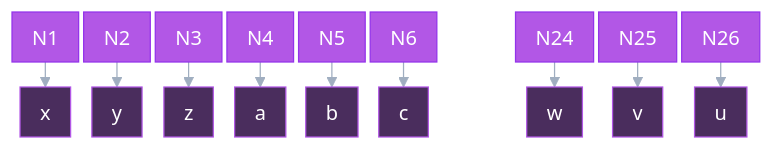
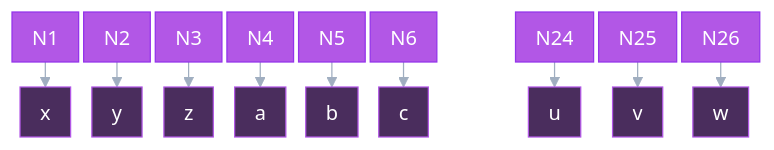
Before and after one commit to Jaded-Encoding-Thaumaturgy/JET-guide: the second of 3 diagrams in docs/filtering/general/expressions.md, drawn with Mermaid. The commit also changed other lines of this file, not shown here.

````diff
--- a/docs/filtering/general/expressions.md
+++ b/docs/filtering/general/expressions.md
@@ -254,57 +254,57 @@
 ```mermaid
 %%{
   init: {
     'theme': 'base',
     'themeVariables': {
       'primaryColor': '#b257e6',
       'primaryTextColor': '#ffffff',
       'primaryBorderColor': '#9333ea',
       'lineColor': '#a0aec0',
       'secondaryColor': '#2d3748',
       'tertiaryColor': '#4a2d5d'
     },
     'flowchart': {
       'curve': 'basis',
       'padding': 8,
       'nodeSpacing': 4,
       'rankSpacing': 20
     }
   }
 }%%
 
 graph TD
     classDef node fill:#b257e6,stroke:#9333ea,color:#ffffff,stroke-width:1px;
     classDef char fill:#4a2d5d,stroke:#b257e6,color:#ffffff,stroke-width:1px;
     classDef skip fill:none,stroke:none;
 
     N1["N1"]:::node
     N2["N2"]:::node
     N3["N3"]:::node
     N4["N4"]:::node
     N5["N5"]:::node
     N6["N6"]:::node
     skip1["⟶"]:::skip
     N24["N24"]:::node
     N25["N25"]:::node
     N26["N26"]:::node
 
     C1["x"]:::char
     C2["y"]:::char
     C3["z"]:::char
     C4["a"]:::char
     C5["b"]:::char
     C6["c"]:::char
-    C24["w"]:::char
+    C24["u"]:::char
     C25["v"]:::char
-    C26["u"]:::char
+    C26["w"]:::char
 
     N1 --> C1
     N2 --> C2
     N3 --> C3
     N4 --> C4
     N5 --> C5
     N6 --> C6
     N24 --> C24
     N25 --> C25
     N26 --> C26
 ```
````
